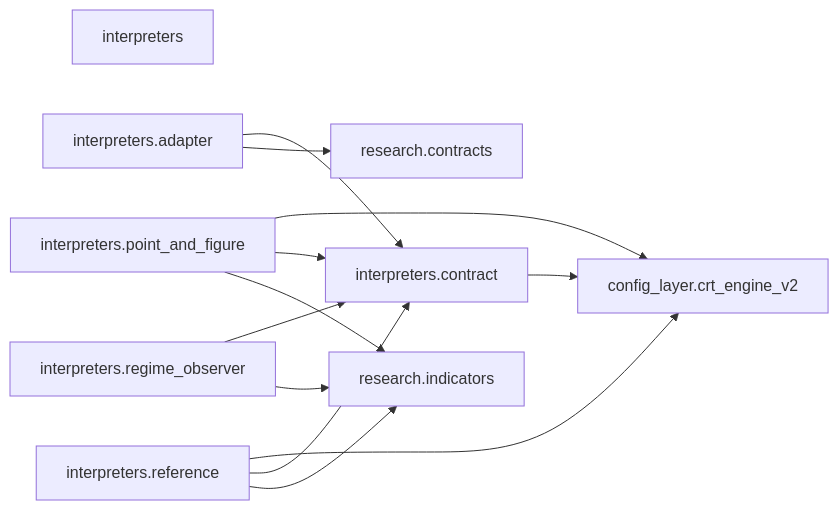
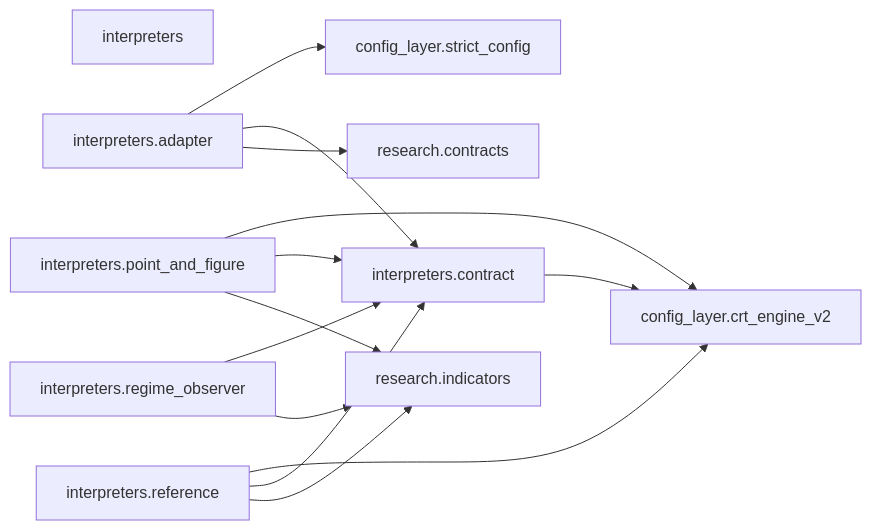
Before and after one commit to Chaithu1995-0312/TradeHlt: diagram 20 of 41 in docs/architecture/code-map.generated.md, drawn with Mermaid. The commit also changed other lines of this file and 6 other files, not shown here.

````diff
--- a/docs/architecture/code-map.generated.md
+++ b/docs/architecture/code-map.generated.md
@@ -1303,23 +1412,25 @@
 ```mermaid
 flowchart LR
     interpreters["interpreters"]
     interpreters_adapter["interpreters.adapter"]
     interpreters_contract["interpreters.contract"]
     interpreters_point_and_figure["interpreters.point_and_figure"]
     interpreters_reference["interpreters.reference"]
     interpreters_regime_observer["interpreters.regime_observer"]
     config_layer_crt_engine_v2["config_layer.crt_engine_v2"]
+    config_layer_strict_config["config_layer.strict_config"]
     research_contracts["research.contracts"]
     research_indicators["research.indicators"]
+    interpreters_adapter --> config_layer_strict_config
     interpreters_adapter --> interpreters_contract
     interpreters_adapter --> research_contracts
     interpreters_contract --> config_layer_crt_engine_v2
     interpreters_point_and_figure --> config_layer_crt_engine_v2
     interpreters_point_and_figure --> interpreters_contract
     interpreters_point_and_figure --> research_indicators
     interpreters_reference --> config_layer_crt_engine_v2
     interpreters_reference --> interpreters_contract
     interpreters_reference --> research_indicators
     interpreters_regime_observer --> interpreters_contract
     interpreters_regime_observer --> research_indicators
 ```
````
